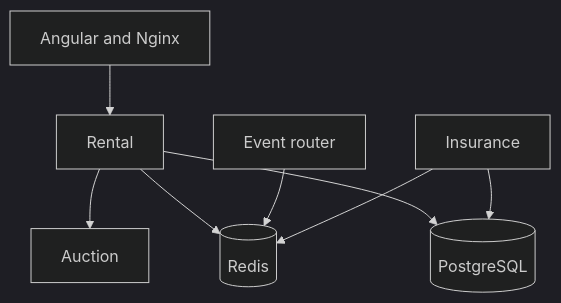
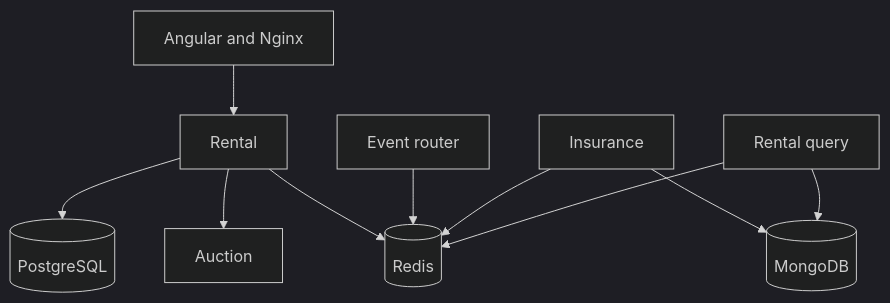
Before and after one commit to charroux/rentalservice: the second of 2 diagrams in training/modules/04-containers-compose/slides.qmd, drawn with Mermaid (dark theme). The commit also changed other lines of this file and 68 other files, not shown here.

Commit message:
Add MongoDB aggregate store and rental projection

````diff
--- a/training/modules/04-containers-compose/slides.qmd
+++ b/training/modules/04-containers-compose/slides.qmd
@@ -47,10 +47,12 @@
 ```{mermaid}
 flowchart TB
     Frontend[Angular and Nginx] --> Rental[Rental]
     Rental --> Auction[Auction]
     Rental --> Redis[(Redis)]
     Router[Event router] --> Redis
     Insurance[Insurance] --> Redis
     Rental --> Postgres[(PostgreSQL)]
-    Insurance --> Postgres
+    Insurance --> Mongo[(MongoDB)]
+    Query[Rental query] --> Redis
+    Query --> Mongo
 ```
````
